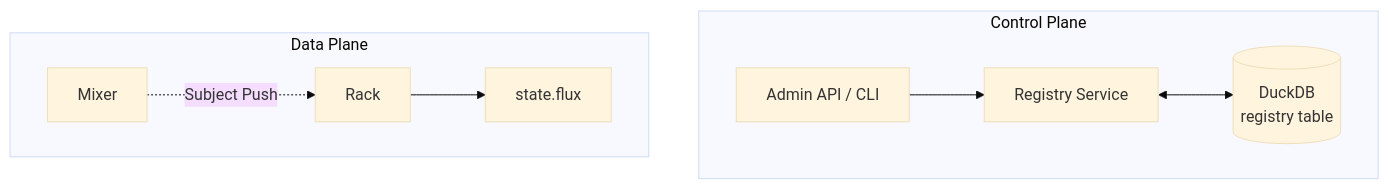
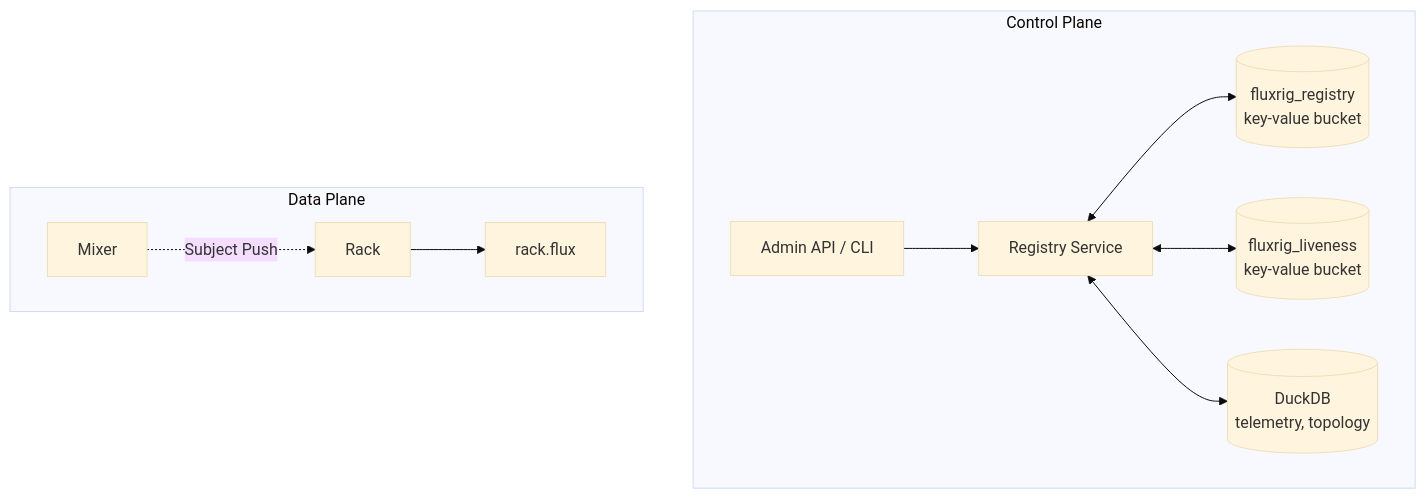
Before and after one commit to fluxrig/docs: the first of 2 diagrams in docs/reference/registry.md, drawn with Mermaid (base theme). The commit also changed other lines of this file and 34 other files, not shown here.

````diff
--- a/docs/reference/registry.md
+++ b/docs/reference/registry.md
@@ -22,11 +22,13 @@
 ```mermaid
 graph TD
     subgraph Control Plane
         API[Admin API / CLI] --> RegSVC[Registry Service]
-        RegSVC <--> DB[(DuckDB<br>registry table)]
+        RegSVC <--> KV[(fluxrig_registry<br>key-value bucket)]
+        RegSVC <--> Live[(fluxrig_liveness<br>key-value bucket)]
+        RegSVC <--> DB[(DuckDB<br>telemetry, topology)]
     end
     subgraph Data Plane
         Mixer -.->|Subject Push| RackAgent[Rack]
-        RackAgent --> StateFile[state.flux]
+        RackAgent --> StateFile[rack.flux]
     end
 ```
````
